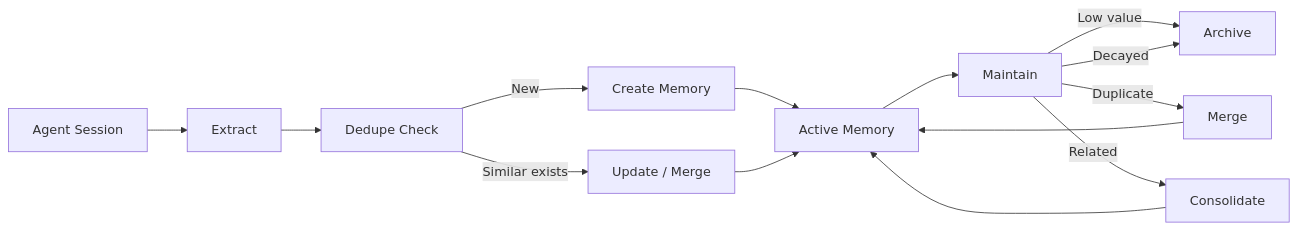
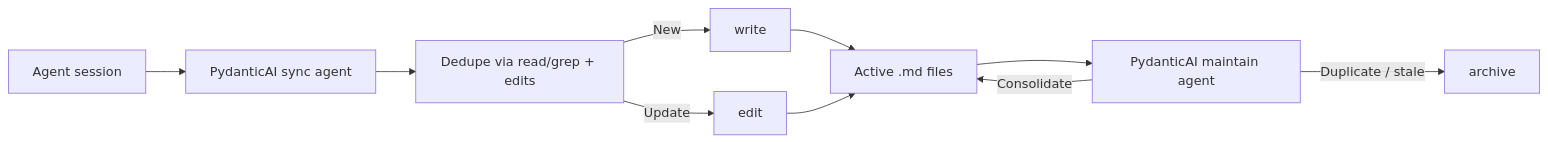
The diagram in docs/concepts/memory-model.md (lerim-dev/lerim-cli), drawn with Mermaid before and after one commit. The commit also changed other lines of this file and 201 other files, not shown here.

````diff
--- a/docs/concepts/memory-model.md
+++ b/docs/concepts/memory-model.md
@@ -53,16 +38,12 @@
 ```mermaid
 flowchart LR
-    A["Agent Session"] --> B["Extract"]
-    B --> C["Dedupe Check"]
-    C -->|New| D["Create Memory"]
-    C -->|Similar exists| E["Update / Merge"]
-    D --> F["Active Memory"]
+    A["Agent session"] --> B["PydanticAI sync agent"]
+    B --> C["Dedupe via read/grep + edits"]
+    C -->|New| D["write"]
+    C -->|Update| E["edit"]
+    D --> F["Active .md files"]
     E --> F
-    F --> G["Maintain"]
-    G -->|Low value| H["Archive"]
-    G -->|Duplicate| I["Merge"]
-    G -->|Decayed| H
-    G -->|Related| J["Consolidate"]
-    I --> F
-    J --> F
+    F --> G["PydanticAI maintain agent"]
+    G -->|Duplicate / stale| H["archive"]
+    G -->|Consolidate| F
 ```
````
